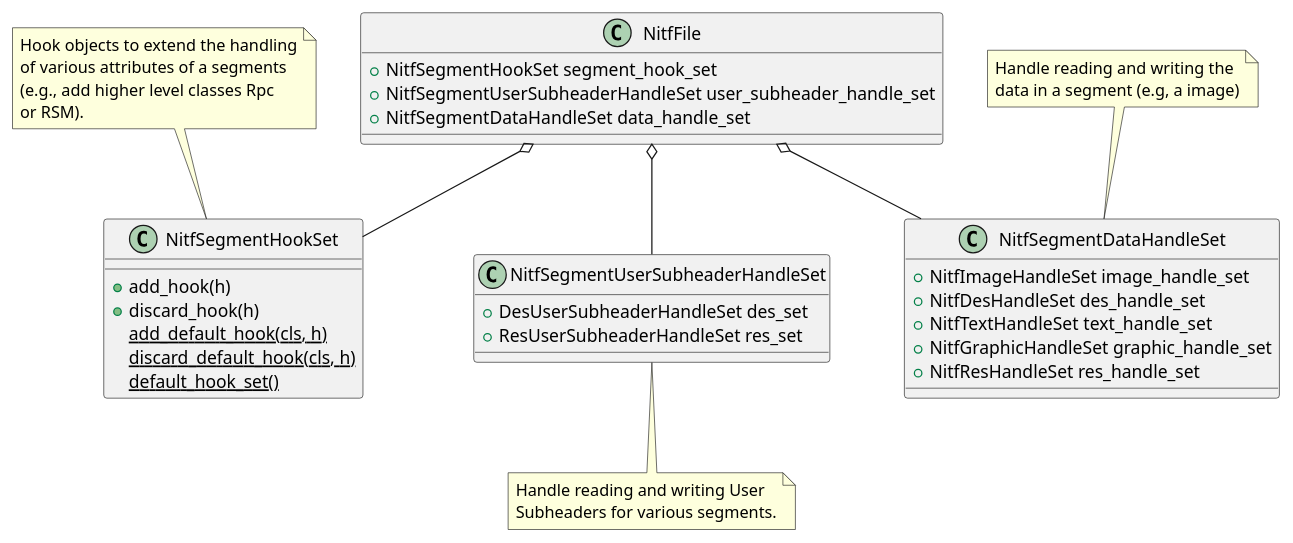
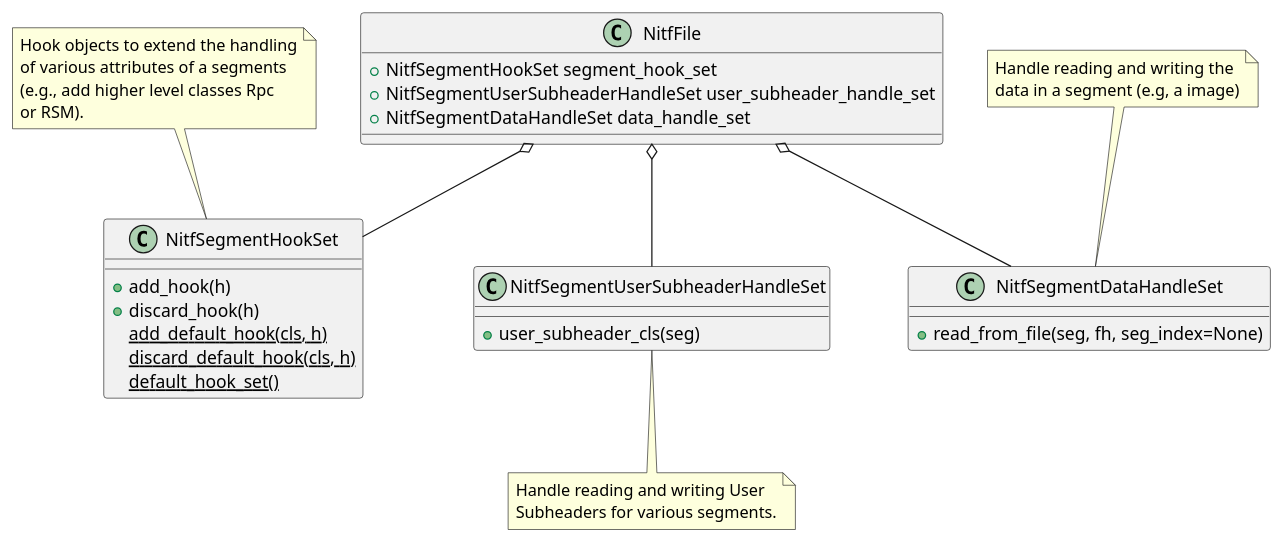
The second of 6 diagrams in doc/nitf_file.rst (Cartography-jpl/pynitf), drawn with PlantUML before and after one commit. The commit also changed other lines of this file and 1 other file, not shown here.

```diff
--- a/doc/nitf_file.rst
+++ b/doc/nitf_file.rst
@@ -105,47 +117,42 @@
 .. uml::
    :caption: NitfFile class Handles and Hooks
 
    class NitfFile {
       +NitfSegmentHookSet segment_hook_set
       +NitfSegmentUserSubheaderHandleSet user_subheader_handle_set
       +NitfSegmentDataHandleSet data_handle_set
    }
 
    class NitfSegmentHookSet {
       +add_hook(h)
       +discard_hook(h)
       {static} add_default_hook(cls, h)
       {static} discard_default_hook(cls, h)
       {static} default_hook_set()
       }
    note top
      Hook objects to extend the handling
      of various attributes of a segments
      (e.g., add higher level classes Rpc
      or RSM).
    end note
 
    class NitfSegmentUserSubheaderHandleSet {
-      +DesUserSubheaderHandleSet des_set
-      +ResUserSubheaderHandleSet res_set
+      +user_subheader_cls(seg)
    }
    note bottom
       Handle reading and writing User 
       Subheaders for various segments.
    end note
 
    class NitfSegmentDataHandleSet {
-     +NitfImageHandleSet image_handle_set
-     +NitfDesHandleSet des_handle_set
-     +NitfTextHandleSet text_handle_set
-     +NitfGraphicHandleSet graphic_handle_set
-     +NitfResHandleSet res_handle_set
+     +read_from_file(seg, fh, seg_index=None)
    }
    note top
       Handle reading and writing the
       data in a segment (e.g, a image)
    end note
 
    NitfFile o--  NitfSegmentHookSet
    NitfFile o--  NitfSegmentUserSubheaderHandleSet
    NitfFile o--  NitfSegmentDataHandleSet
```
